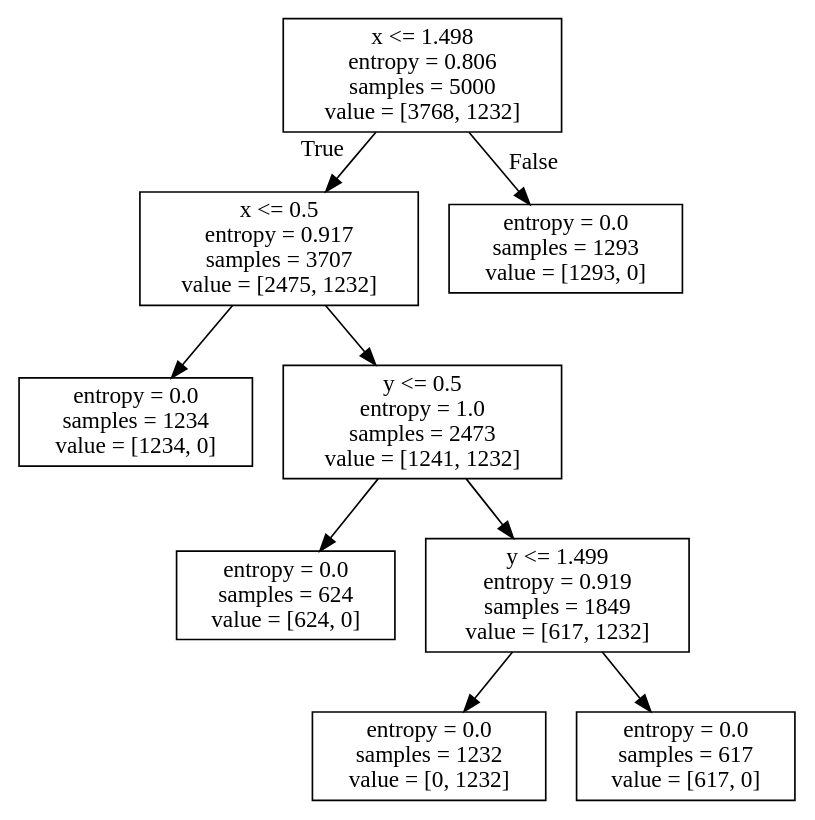
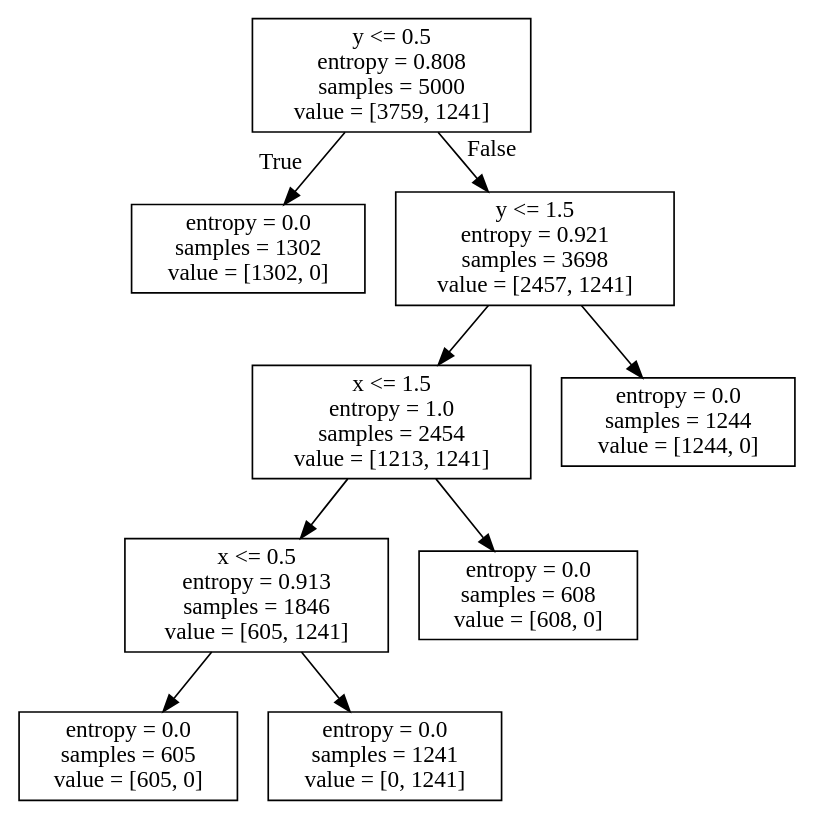
The diagram in Assignment3/T2.dot (AbtahiChowdhury/csc59929-Intro-to-Machine-Learning), drawn with Graphviz before and after one commit. The commit also changed 9 other files, not shown here.

```diff
--- a/Assignment3/T2.dot
+++ b/Assignment3/T2.dot
@@ -1,20 +1,20 @@
 digraph Tree {
 node [shape=box] ;
-0 [label="x <= 1.498\nentropy = 0.806\nsamples = 5000\nvalue = [3768, 1232]"] ;
-1 [label="x <= 0.5\nentropy = 0.917\nsamples = 3707\nvalue = [2475, 1232]"] ;
+0 [label="y <= 0.5\nentropy = 0.808\nsamples = 5000\nvalue = [3759, 1241]"] ;
+1 [label="entropy = 0.0\nsamples = 1302\nvalue = [1302, 0]"] ;
 0 -> 1 [labeldistance=2.5, labelangle=45, headlabel="True"] ;
-2 [label="entropy = 0.0\nsamples = 1234\nvalue = [1234, 0]"] ;
-1 -> 2 ;
-3 [label="y <= 0.5\nentropy = 1.0\nsamples = 2473\nvalue = [1241, 1232]"] ;
-1 -> 3 ;
-4 [label="entropy = 0.0\nsamples = 624\nvalue = [624, 0]"] ;
+2 [label="y <= 1.5\nentropy = 0.921\nsamples = 3698\nvalue = [2457, 1241]"] ;
+0 -> 2 [labeldistance=2.5, labelangle=-45, headlabel="False"] ;
+3 [label="x <= 1.5\nentropy = 1.0\nsamples = 2454\nvalue = [1213, 1241]"] ;
+2 -> 3 ;
+4 [label="x <= 0.5\nentropy = 0.913\nsamples = 1846\nvalue = [605, 1241]"] ;
 3 -> 4 ;
-5 [label="y <= 1.499\nentropy = 0.919\nsamples = 1849\nvalue = [617, 1232]"] ;
-3 -> 5 ;
-6 [label="entropy = 0.0\nsamples = 1232\nvalue = [0, 1232]"] ;
-5 -> 6 ;
-7 [label="entropy = 0.0\nsamples = 617\nvalue = [617, 0]"] ;
-5 -> 7 ;
-8 [label="entropy = 0.0\nsamples = 1293\nvalue = [1293, 0]"] ;
-0 -> 8 [labeldistance=2.5, labelangle=-45, headlabel="False"] ;
+5 [label="entropy = 0.0\nsamples = 605\nvalue = [605, 0]"] ;
+4 -> 5 ;
+6 [label="entropy = 0.0\nsamples = 1241\nvalue = [0, 1241]"] ;
+4 -> 6 ;
+7 [label="entropy = 0.0\nsamples = 608\nvalue = [608, 0]"] ;
+3 -> 7 ;
+8 [label="entropy = 0.0\nsamples = 1244\nvalue = [1244, 0]"] ;
+2 -> 8 ;
 }
```
